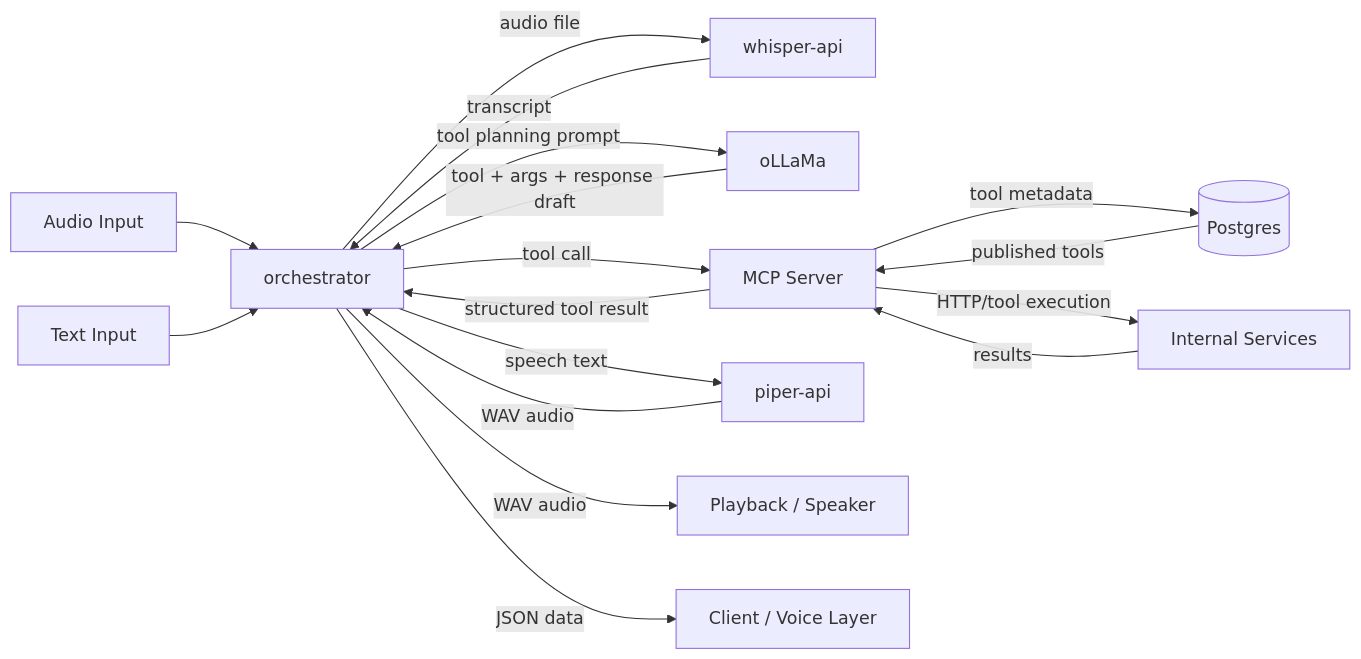
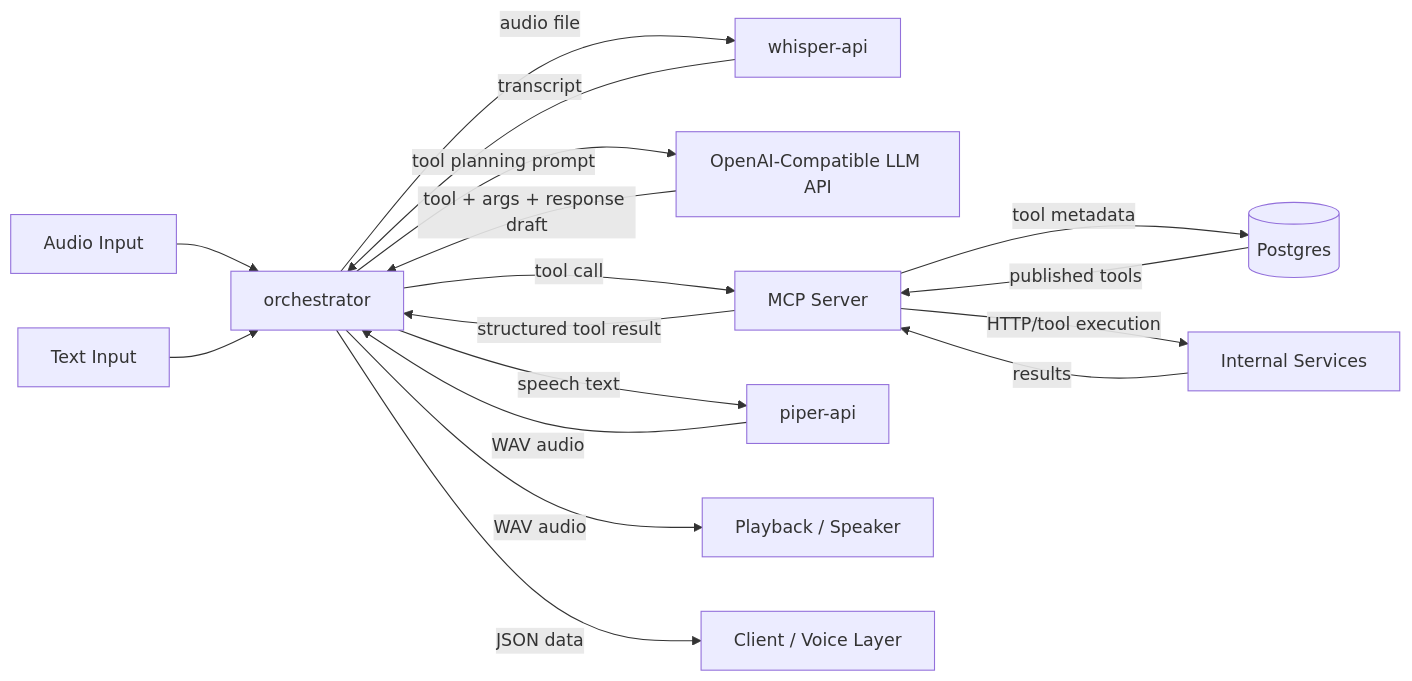
Before and after one commit to psyeo2/Clankassist: the first of 4 diagrams in docs/ARCHITECTURE.md, drawn with Mermaid. The commit also changed other lines of this file and 2 other files, not shown here.

````diff
--- a/docs/ARCHITECTURE.md
+++ b/docs/ARCHITECTURE.md
@@ -25,27 +25,27 @@
 ```mermaid
 flowchart LR
 
 audio[Audio Input] --> orchestrator[orchestrator]
 text[Text Input] --> orchestrator
 
 orchestrator -->|audio file| whisper[whisper-api]
 whisper -->|transcript| orchestrator
 
-orchestrator -->|tool planning prompt| ollama[oLLaMa]
-ollama -->|tool + args + response draft| orchestrator
+orchestrator -->|tool planning prompt| llm[OpenAI-Compatible LLM API]
+llm -->|tool + args + response draft| orchestrator
 
 orchestrator -->|tool call| mcp[MCP Server]
 mcp -->|structured tool result| orchestrator
 
 orchestrator -->|speech text| piper[piper-api]
 piper -->|WAV audio| orchestrator
 orchestrator -->|WAV audio| speaker[Playback / Speaker]
 
 mcp -->|tool metadata| postgres[(Postgres)]
 postgres -->|published tools| mcp
 
 mcp -->|HTTP/tool execution| services[Internal Services]
 services -->|results| mcp
 
 orchestrator -->|JSON data| caller[Client / Voice Layer]
 ```
````
